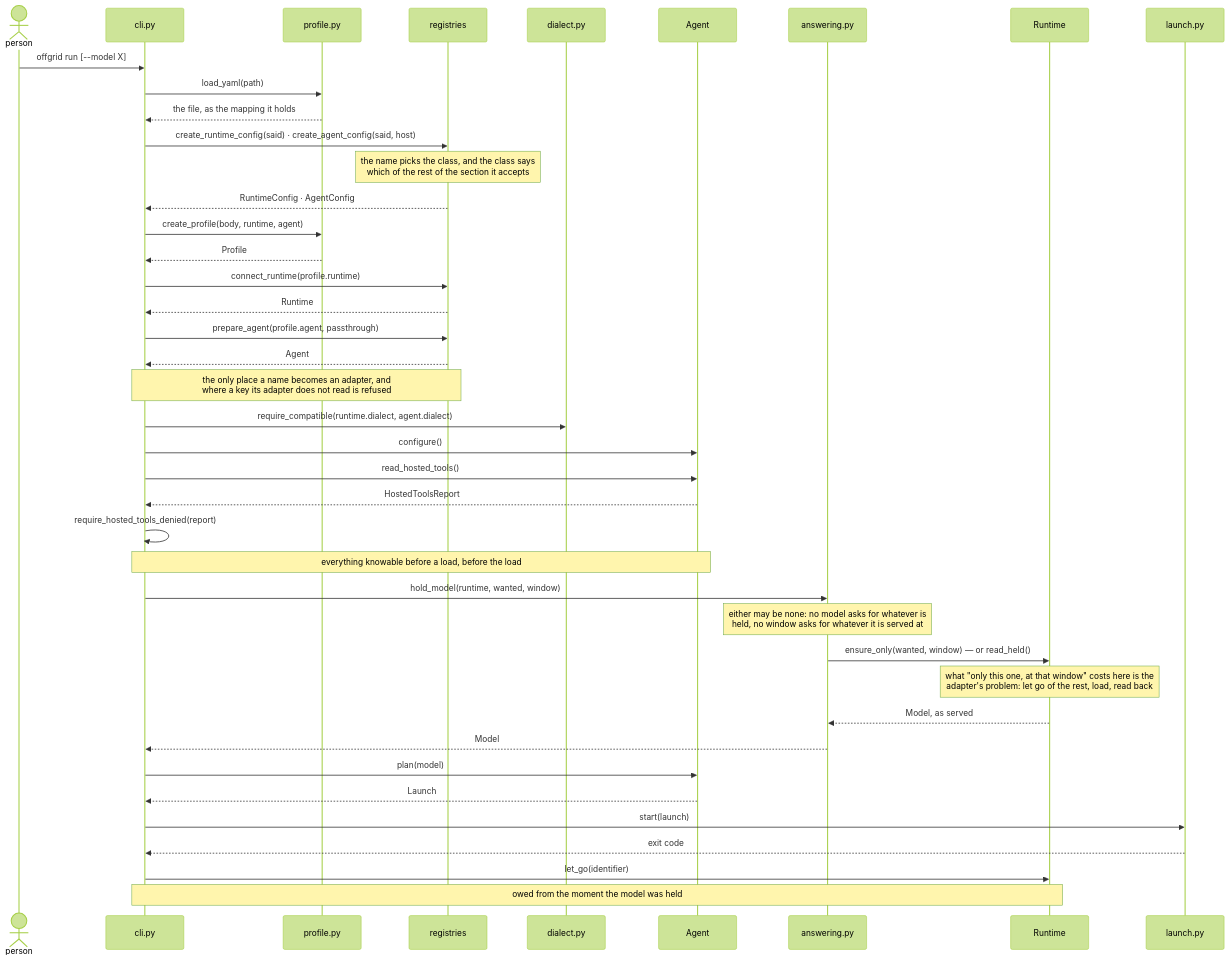
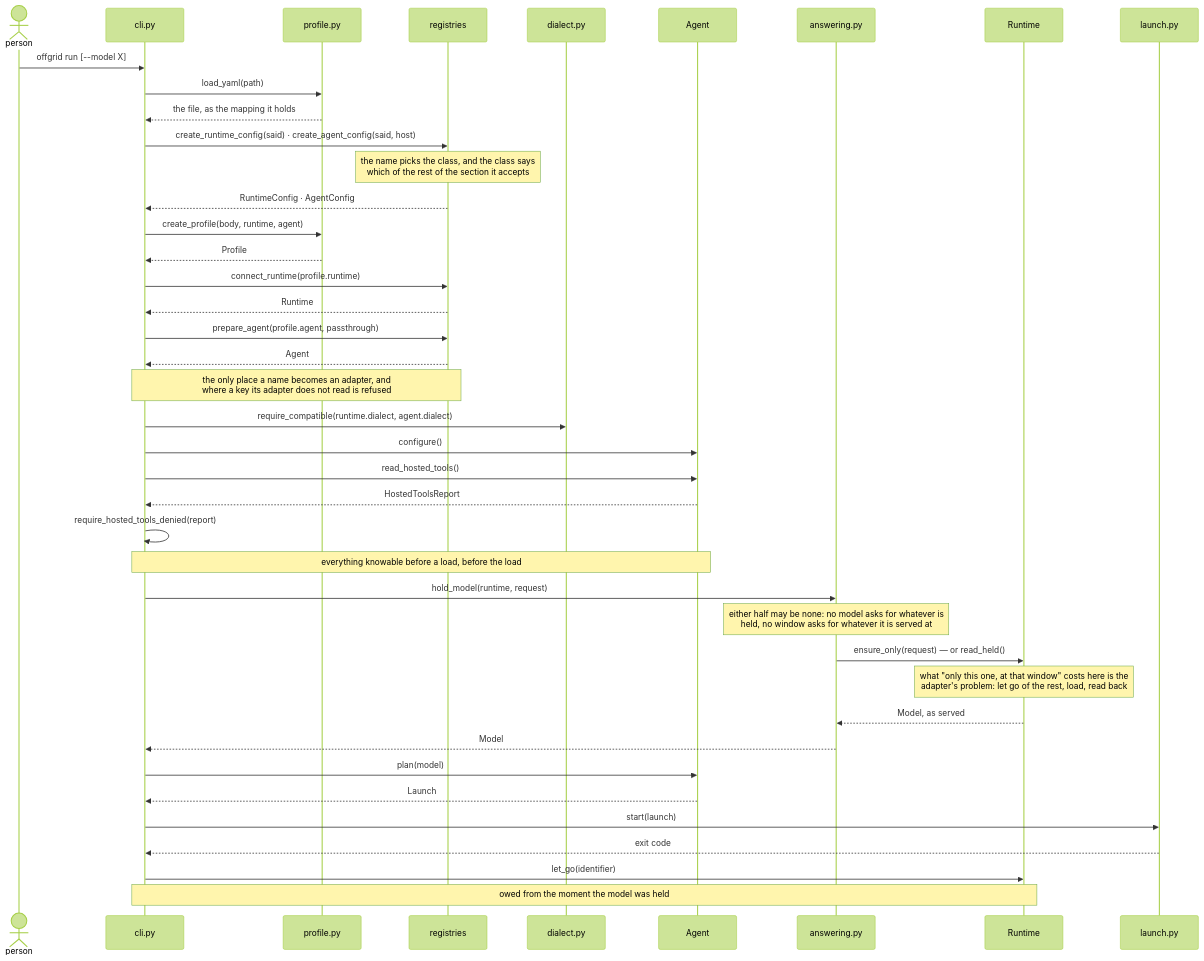
The second of 3 diagrams in docs/architecture.md (pvardanis/offgrid), drawn with Mermaid (forest theme) before and after one commit. The commit also changed other lines of this file and 12 other files, not shown here.

First line of the commit message:
refactor(model): ask for a model and a window as one thing

````diff
--- a/docs/architecture.md
+++ b/docs/architecture.md
@@ -196,44 +196,44 @@
 ```mermaid
 sequenceDiagram
     actor P as person
     participant C as cli.py
     participant F as profile.py
     participant G as registries
     participant D as dialect.py
     participant A as Agent
     participant H as answering.py
     participant R as Runtime
     participant L as launch.py
 
     P->>C: offgrid run [--model X]
     C->>F: load_yaml(path)
     F-->>C: the file, as the mapping it holds
     C->>G: create_runtime_config(said) · create_agent_config(said, host)
     Note over G: the name picks the class, and the class says<br/>which of the rest of the section it accepts
     G-->>C: RuntimeConfig · AgentConfig
     C->>F: create_profile(body, runtime, agent)
     F-->>C: Profile
     C->>G: connect_runtime(profile.runtime)
     G-->>C: Runtime
     C->>G: prepare_agent(profile.agent, passthrough)
     G-->>C: Agent
     Note over C,G: the only place a name becomes an adapter, and<br/>where a key its adapter does not read is refused
     C->>D: require_compatible(runtime.dialect, agent.dialect)
     C->>A: configure()
     C->>A: read_hosted_tools()
     A-->>C: HostedToolsReport
     C->>C: require_hosted_tools_denied(report)
     Note over C,A: everything knowable before a load, before the load
-    C->>H: hold_model(runtime, wanted, window)
-    Note over H: either may be none: no model asks for whatever is<br/>held, no window asks for whatever it is served at
-    H->>R: ensure_only(wanted, window) — or read_held()
+    C->>H: hold_model(runtime, request)
+    Note over H: either half may be none: no model asks for whatever is<br/>held, no window asks for whatever it is served at
+    H->>R: ensure_only(request) — or read_held()
     Note over R: what "only this one, at that window" costs here is the<br/>adapter's problem: let go of the rest, load, read back
     R-->>H: Model, as served
     H-->>C: Model
     C->>A: plan(model)
     A-->>C: Launch
     C->>L: start(launch)
     L-->>C: exit code
     C->>R: let_go(identifier)
     Note over C,R: owed from the moment the model was held
 ```
````
